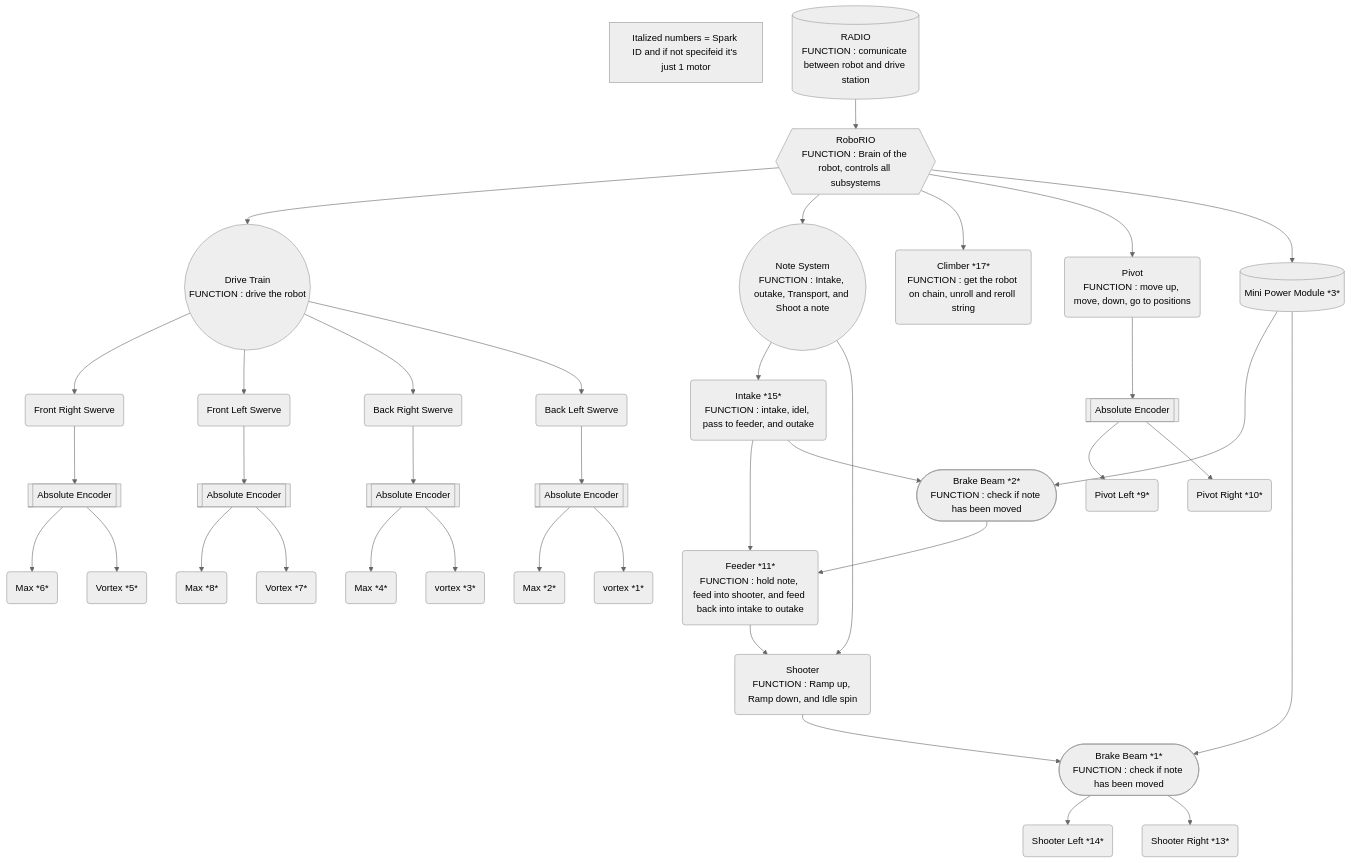
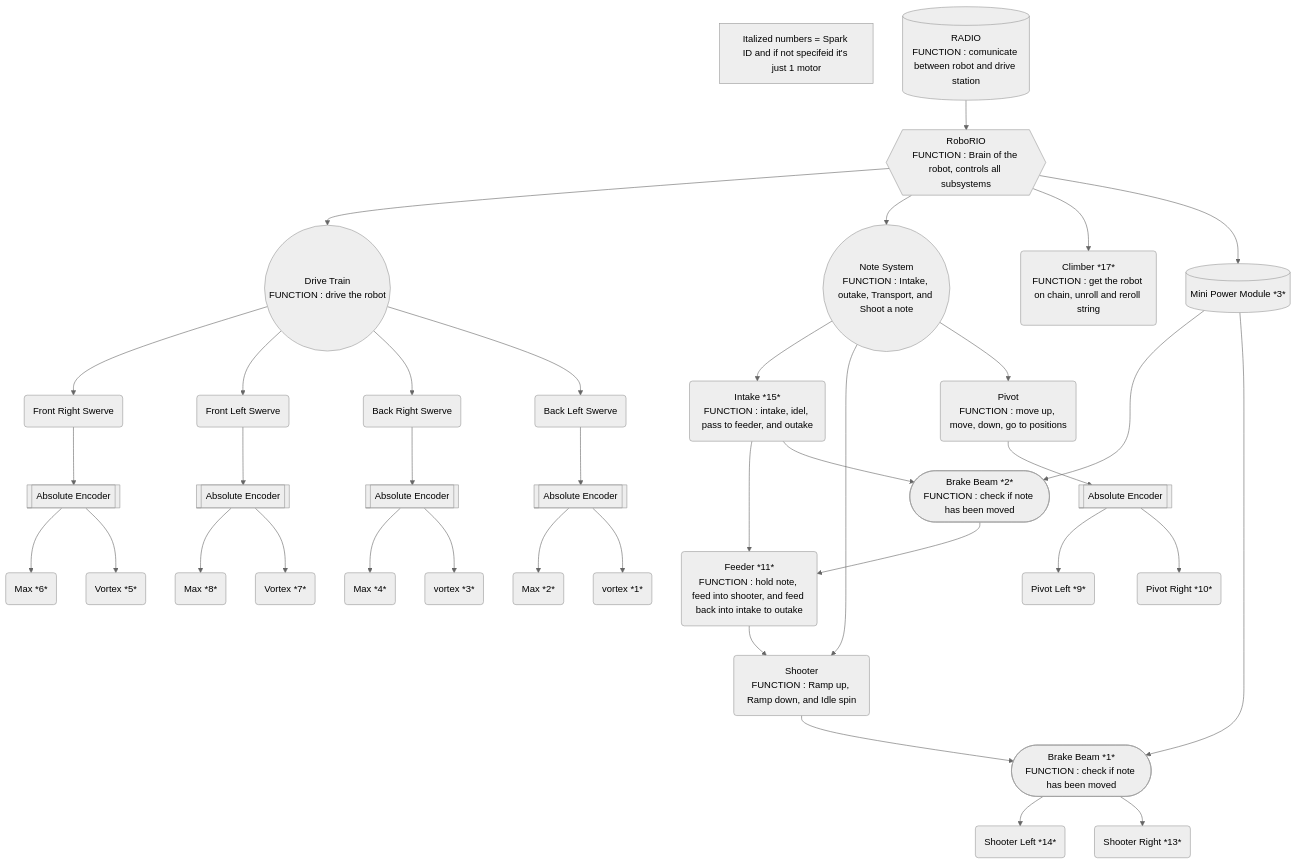
Before and after one commit to richardson-area-wide-robotics/FRC24-Crescendo-Offseason: the diagram in tony_graphs.md, drawn with Mermaid (neutral theme).

Commit message:
smol Update tony_graphs.md

````diff
--- a/tony_graphs.md
+++ b/tony_graphs.md
@@ -1,50 +1,50 @@
 ```mermaid
 graph TD;
     A{{RoboRIO
 FUNCTION : Brain of the robot, controls all subsystems}}-->2;
     2((Drive Train
 FUNCTION : drive the robot ));
     A-->3((Note System
 FUNCTION : Intake, outake, Transport, and Shoot a note));
     3-->B(Intake *15*
 FUNCTION : intake, idel, pass to feeder, and outake);
     3-->c(Shooter
 FUNCTION : Ramp up, Ramp down, and Idle spin);
     12-->s(Shooter Left *14*);
     12-->t(Shooter Right *13*);
     A-->d(Climber *17*
 FUNCTION : get the robot on chain, unroll and reroll string);
     B-->e(Feeder *11*
 FUNCTION : hold note, feed into shooter, and feed back into intake to outake)-->c;
-    A-->f(Pivot
+    3-->f(Pivot
 FUNCTION : move up, move, down, go to positions);
     9-->u(Pivot Left *9*)
     9-->v(Pivot Right *10*)
     2-->g(Front Right Swerve);
     2-->h(Front Left Swerve);
     2-->i(Back Right Swerve);
     2-->j(Back Left Swerve);
     5-->k(Max *6*);
     6-->l(Max *8*);
     7-->m(Max *4*);
     8-->n(Max *2*);
     5-->o(Vortex *5*);
     6-->p(Vortex *7*);
     7-->q(vortex *3*);
     8-->r(vortex *1*);
     g-->5[[Absolute Encoder]];
     h-->6[[Absolute Encoder]];
     i-->7[[Absolute Encoder]];
     j-->8[[Absolute Encoder]];
     f-->9[[Absolute Encoder]];
     15--->11
     B-->11([Brake Beam *2*
 FUNCTION : check if note has been moved])-->e;
     c-->12([Brake Beam *1*
 FUNCTION : check if note has been moved]);
     A-->15[(Mini Power Module *3*)]-->12;
     25[Italized numbers = Spark ID and if not specifeid it's just 1 motor];
     75[(RADIO
 FUNCTION : comunicate between robot and drive station)]-->A;
 
 ```
````
